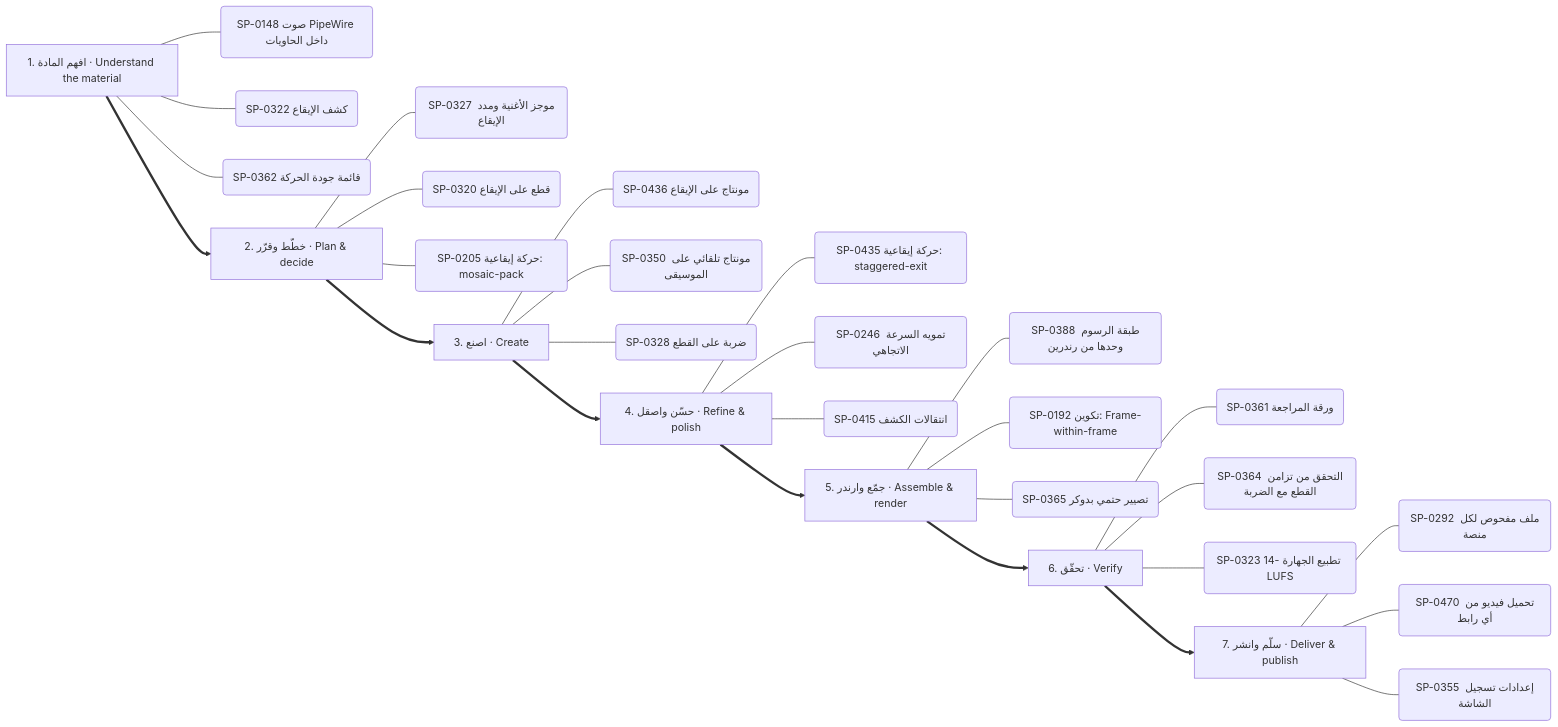
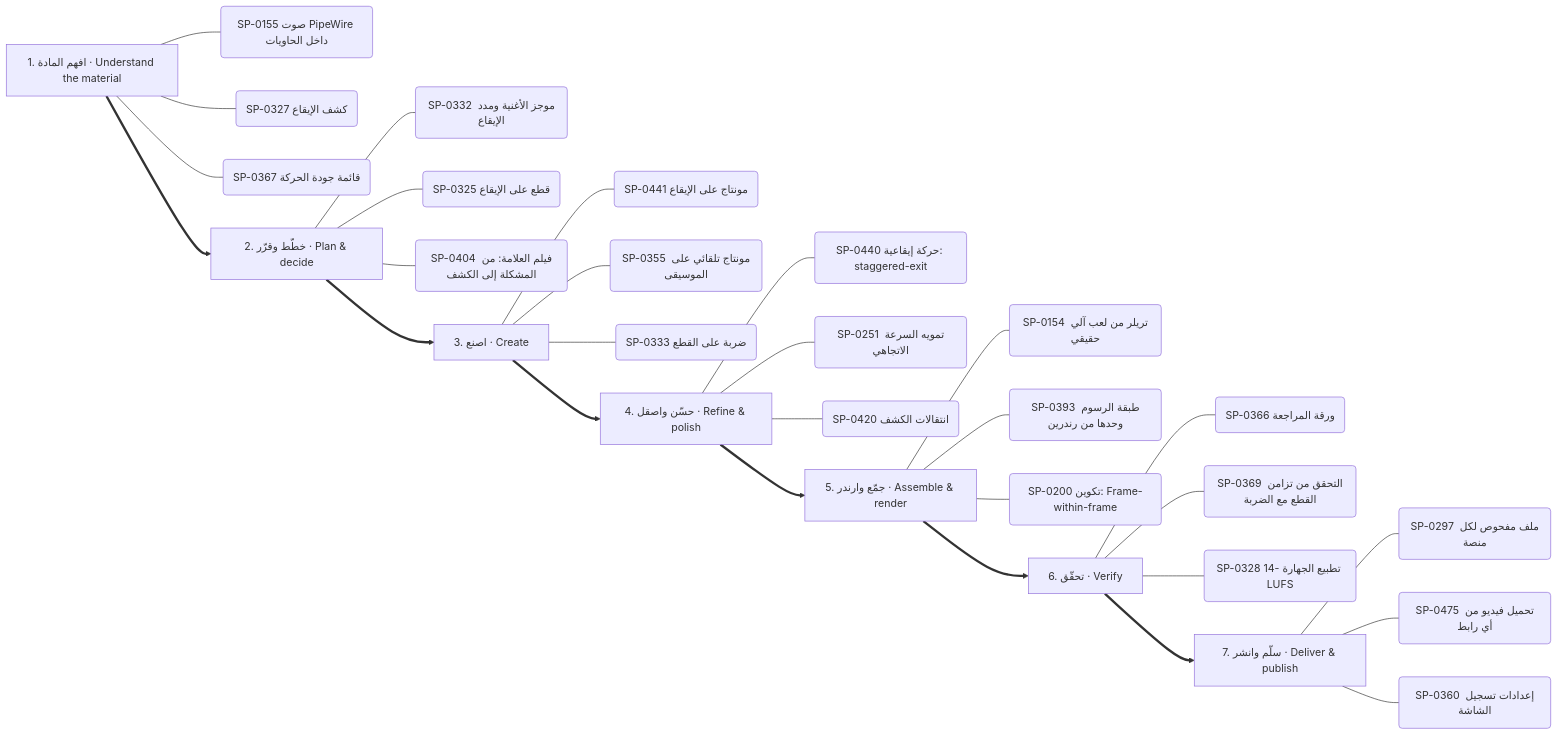
Before and after one commit to kosif199022-jpg/kosif-tool: the third of 13 diagrams in .claude/skills/kosif-superpowers/references/capability-mindmap.md, drawn with Mermaid. The commit also changed other lines of this file and 1314 other files, not shown here.

````diff
--- a/.claude/skills/kosif-superpowers/references/capability-mindmap.md
+++ b/.claude/skills/kosif-superpowers/references/capability-mindmap.md
@@ -177,37 +179,37 @@
 ```mermaid
 flowchart LR
   S0["1. افهم المادة · Understand the material"]
-  S0 --- S0_0("SP-0148 صوت PipeWire داخل الحاويات")
-  S0 --- S0_1("SP-0322 كشف الإيقاع")
-  S0 --- S0_2("SP-0362 قائمة جودة الحركة")
+  S0 --- S0_0("SP-0155 صوت PipeWire داخل الحاويات")
+  S0 --- S0_1("SP-0327 كشف الإيقاع")
+  S0 --- S0_2("SP-0367 قائمة جودة الحركة")
   S1["2. خطّط وقرّر · Plan & decide"]
-  S1 --- S1_0("SP-0327 موجز الأغنية ومدد الإيقاع")
-  S1 --- S1_1("SP-0320 قطع على الإيقاع")
-  S1 --- S1_2("SP-0205 حركة إيقاعية: mosaic-pack")
+  S1 --- S1_0("SP-0332 موجز الأغنية ومدد الإيقاع")
+  S1 --- S1_1("SP-0325 قطع على الإيقاع")
+  S1 --- S1_2("SP-0404 فيلم العلامة: من المشكلة إلى الكشف")
   S0 ==> S1
   S2["3. اصنع · Create"]
-  S2 --- S2_0("SP-0436 مونتاج على الإيقاع")
-  S2 --- S2_1("SP-0350 مونتاج تلقائي على الموسيقى")
-  S2 --- S2_2("SP-0328 ضربة على القطع")
+  S2 --- S2_0("SP-0441 مونتاج على الإيقاع")
+  S2 --- S2_1("SP-0355 مونتاج تلقائي على الموسيقى")
+  S2 --- S2_2("SP-0333 ضربة على القطع")
   S1 ==> S2
   S3["4. حسّن واصقل · Refine & polish"]
-  S3 --- S3_0("SP-0435 حركة إيقاعية: staggered-exit")
-  S3 --- S3_1("SP-0246 تمويه السرعة الاتجاهي")
-  S3 --- S3_2("SP-0415 انتقالات الكشف")
+  S3 --- S3_0("SP-0440 حركة إيقاعية: staggered-exit")
+  S3 --- S3_1("SP-0251 تمويه السرعة الاتجاهي")
+  S3 --- S3_2("SP-0420 انتقالات الكشف")
   S2 ==> S3
   S4["5. جمّع وارندر · Assemble & render"]
-  S4 --- S4_0("SP-0388 طبقة الرسوم وحدها من رندرين")
-  S4 --- S4_1("SP-0192 تكوين: Frame-within-frame")
-  S4 --- S4_2("SP-0365 تصيير حتمي بدوكر")
+  S4 --- S4_0("SP-0154 تريلر من لعب آلي حقيقي")
+  S4 --- S4_1("SP-0393 طبقة الرسوم وحدها من رندرين")
+  S4 --- S4_2("SP-0200 تكوين: Frame-within-frame")
   S3 ==> S4
   S5["6. تحقّق · Verify"]
-  S5 --- S5_0("SP-0361 ورقة المراجعة")
-  S5 --- S5_1("SP-0364 التحقق من تزامن القطع مع الضربة")
-  S5 --- S5_2("SP-0323 تطبيع الجهارة -14 LUFS")
+  S5 --- S5_0("SP-0366 ورقة المراجعة")
+  S5 --- S5_1("SP-0369 التحقق من تزامن القطع مع الضربة")
+  S5 --- S5_2("SP-0328 تطبيع الجهارة -14 LUFS")
   S4 ==> S5
   S6["7. سلّم وانشر · Deliver & publish"]
-  S6 --- S6_0("SP-0292 ملف مفحوص لكل منصة")
-  S6 --- S6_1("SP-0470 تحميل فيديو من أي رابط")
-  S6 --- S6_2("SP-0355 إعدادات تسجيل الشاشة")
+  S6 --- S6_0("SP-0297 ملف مفحوص لكل منصة")
+  S6 --- S6_1("SP-0475 تحميل فيديو من أي رابط")
+  S6 --- S6_2("SP-0360 إعدادات تسجيل الشاشة")
   S5 ==> S6
 ```
````
